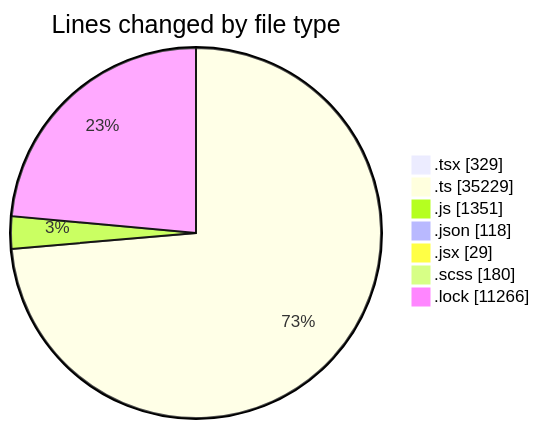
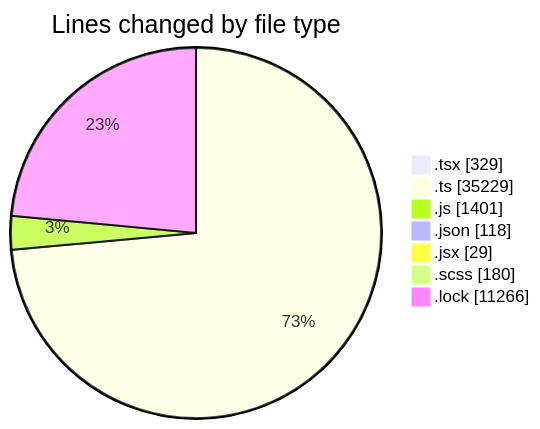
The first of 2 diagrams in 2025-12-17/cda/README.md (momahboobian/code-tracking), drawn with Mermaid before and after one commit. The commit also changed other lines of this file and 1 other file, not shown here.

````diff
--- a/2025-12-17/cda/README.md
+++ b/2025-12-17/cda/README.md
@@ -53,11 +53,11 @@
 ```mermaid
 pie showData
 title Lines changed by file type
 ".tsx" : 329
 ".ts" : 35229
-".js" : 1351
+".js" : 1401
 ".json" : 118
 ".jsx" : 29
 ".scss" : 180
 ".lock" : 11266
 ```
````
